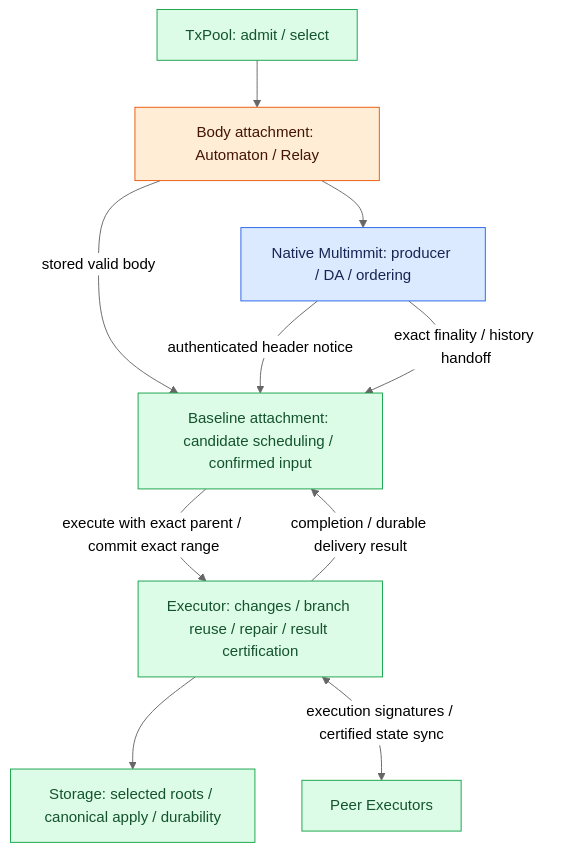
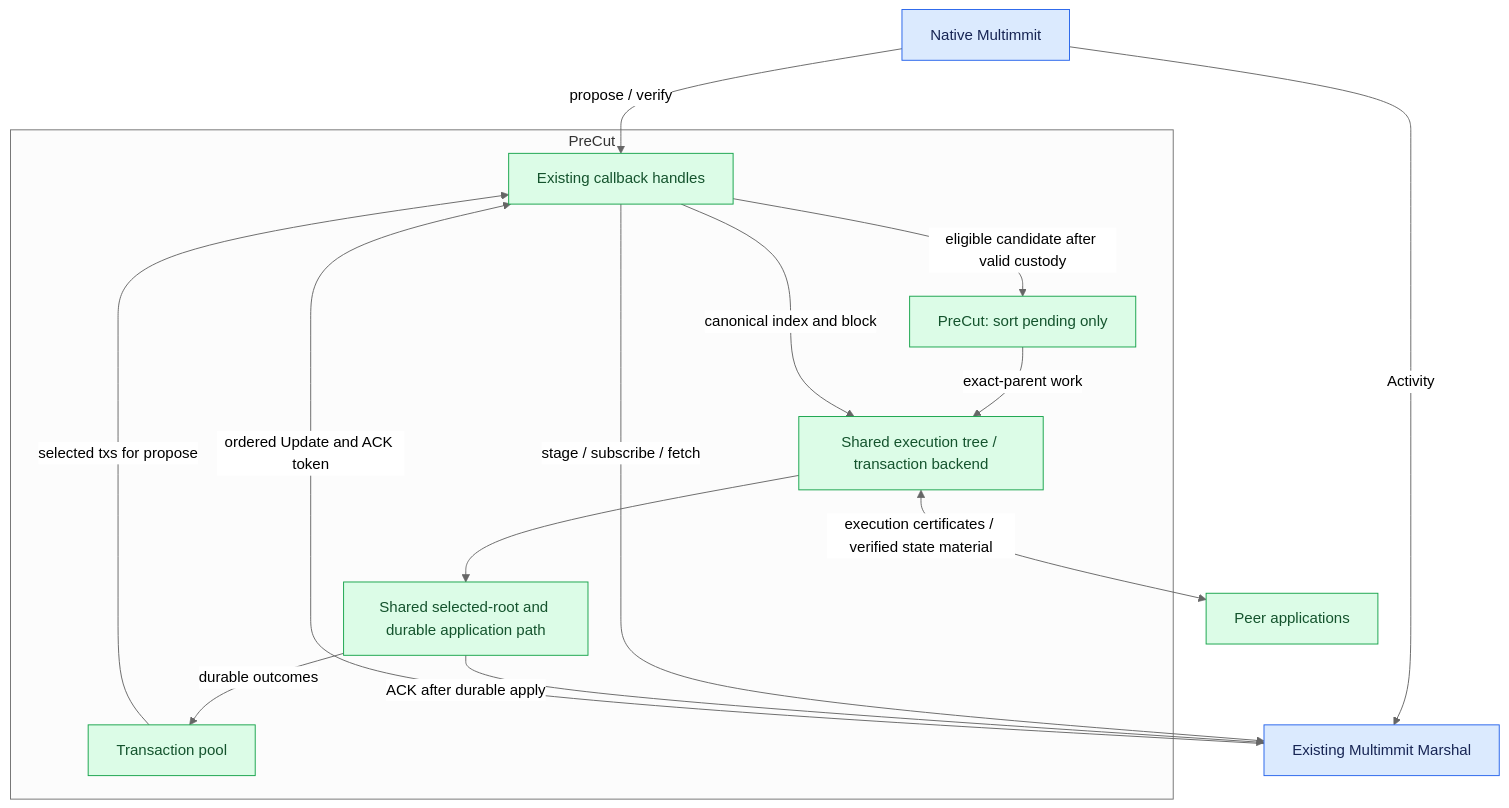
The diagram in docs/baselines/precut.md (djm07073/baton-research), drawn with Mermaid (neutral theme) before and after one commit. The commit also changed other lines of this file and 292 other files, not shown here.

````diff
--- a/docs/baselines/precut.md
+++ b/docs/baselines/precut.md
@@ -9,18 +9,21 @@
 ```mermaid
 flowchart TB
-    T[TxPool: admit / select] --> B[Body attachment: Automaton / Relay]
-    B --> N[Native Multimmit: producer / DA / ordering]
-    B -->|stored valid body| A[Baseline attachment: candidate scheduling / confirmed input]
-    N -->|authenticated header notice| A
-    N -->|exact finality / history handoff| A
-    A -->|execute with exact parent / commit exact range| E[Executor: changes / branch reuse / repair / result certification]
-    E --> S[Storage: selected roots / canonical apply / durability]
-    E <-->|execution signatures / certified state sync| P[Peer Executors]
-    E -->|completion / durable delivery result| A
+    N[Native Multimmit] -->|propose / verify| I
+    N -->|Activity| M[Existing Multimmit Marshal]
+    M -->|ordered Update and ACK token| I
+    subgraph A[PreCut]
+        T[Transaction pool] -->|selected txs for propose| I[Existing callback handles]
+        I -->|eligible candidate after valid custody| Q[PreCut: sort pending only]
+        Q -->|exact-parent work| E[Shared execution tree / transaction backend]
+        I -->|canonical index and block| E
+        E --> S[Shared selected-root and durable application path]
+        S -->|durable outcomes| T
+    end
+    I -->|stage / subscribe / fetch| M
+    S -->|ACK after durable apply| M
+    E <-->|execution certificates / verified state material| P[Peer applications]
     classDef reuse fill:#dbeafe,stroke:#2563eb,color:#172554;
-    classDef adapt fill:#ffedd5,stroke:#ea580c,color:#431407;
     classDef fresh fill:#dcfce7,stroke:#16a34a,color:#14532d;
-    class N reuse;
-    class B adapt;
-    class T,A,E,S,P fresh;
+    class N,M reuse;
+    class T,I,Q,E,S,P fresh;
 ```
````
